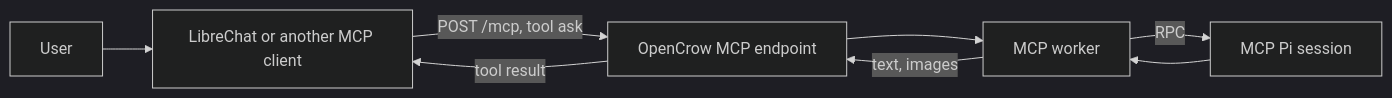
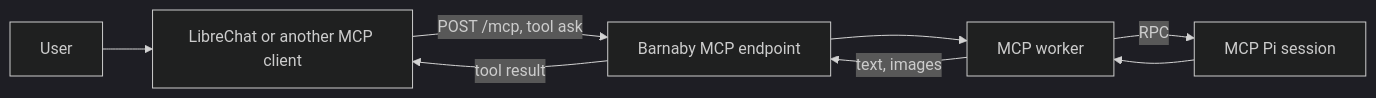
Before and after one commit to pkulak/barnaby: the diagram in docs/mcp.md, drawn with Mermaid (dark theme). The commit also changed other lines of this file and 49 other files, not shown here.

First line of the commit message:
Rename the project from OpenCrow to Barnaby.

````diff
--- a/docs/mcp.md
+++ b/docs/mcp.md
@@ -9,7 +9,7 @@
 ```mermaid
 graph LR
     User --> Client["LibreChat or another MCP client"]
-    Client -->|POST /mcp, tool ask| API["OpenCrow MCP endpoint"]
+    Client -->|POST /mcp, tool ask| API["Barnaby MCP endpoint"]
     API --> MCP["MCP worker"] -->|RPC| Pi["MCP Pi session"]
     Pi --> MCP -->|text, images| API -->|tool result| Client
 ```
````
